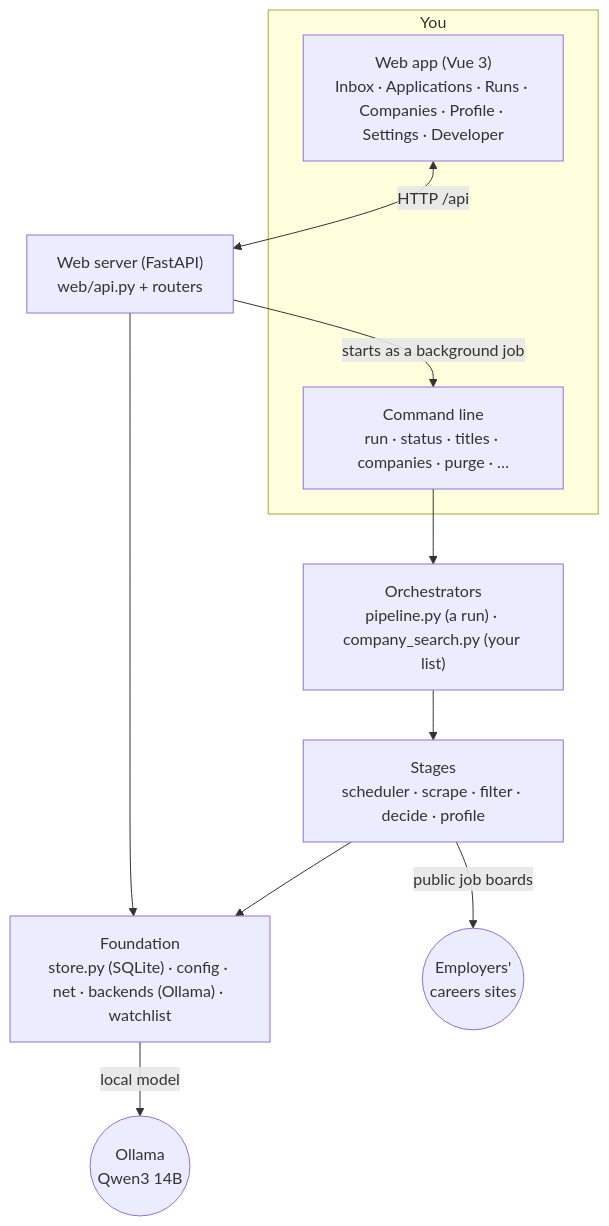
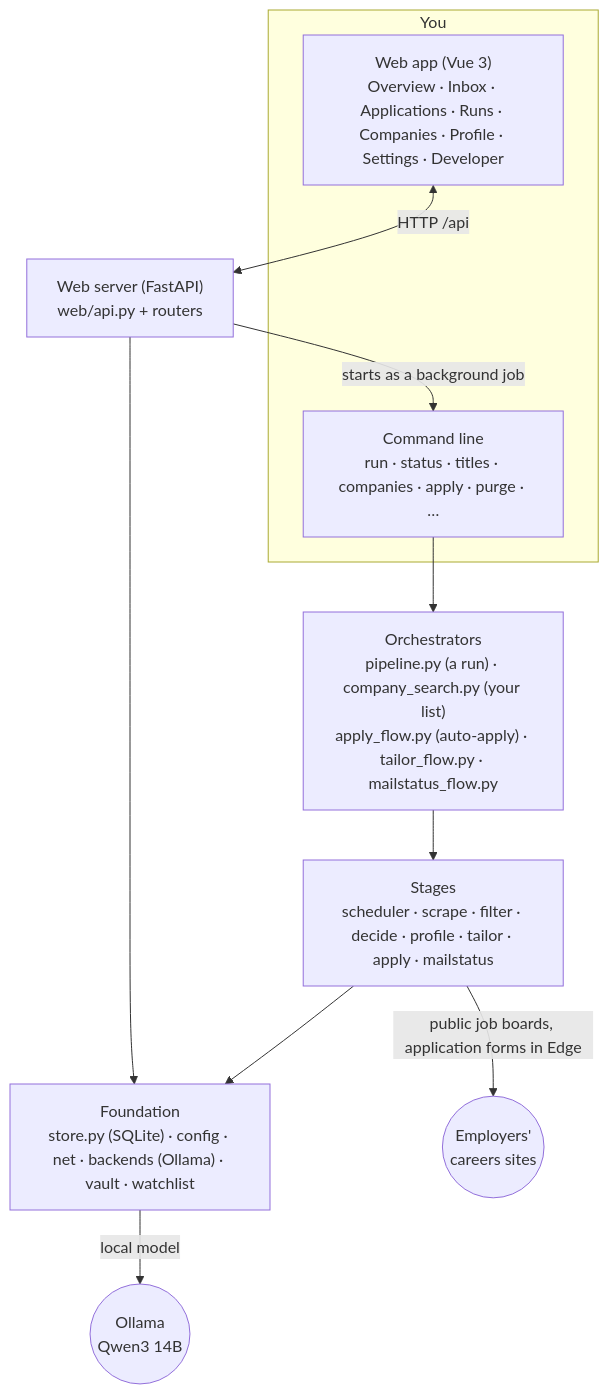
The second of 2 diagrams in docs/OVERVIEW.md (Benjamin-Fernandez/jobscraper), drawn with Mermaid before and after one commit. The commit also changed other lines of this file and 2 other files, not shown here.

Commit message:
docs: the tour, PRD rows and README match the queue, one-page Settings and the redesigned tabs (Q-115)

````diff
--- a/docs/OVERVIEW.md
+++ b/docs/OVERVIEW.md
@@ -188,15 +342,15 @@
 ```mermaid
 flowchart TB
     subgraph You
-        UI["Web app (Vue 3)<br/>Inbox · Applications · Runs · Companies · Profile · Settings · Developer"]
-        CLI["Command line<br/>run · status · titles · companies · purge · …"]
+        UI["Web app (Vue 3)<br/>Overview · Inbox · Applications · Runs · Companies · Profile · Settings · Developer"]
+        CLI["Command line<br/>run · status · titles · companies · apply · purge · …"]
     end
     UI <-->|"HTTP /api"| API["Web server (FastAPI)<br/>web/api.py + routers"]
     API -->|"starts as a background job"| CLI
-    CLI --> ORCH["Orchestrators<br/>pipeline.py (a run) · company_search.py (your list)"]
-    ORCH --> STAGES["Stages<br/>scheduler · scrape · filter · decide · profile"]
-    STAGES --> FOUND["Foundation<br/>store.py (SQLite) · config · net · backends (Ollama) · watchlist"]
+    CLI --> ORCH["Orchestrators<br/>pipeline.py (a run) · company_search.py (your list)<br/>apply_flow.py (auto-apply) · tailor_flow.py · mailstatus_flow.py"]
+    ORCH --> STAGES["Stages<br/>scheduler · scrape · filter · decide · profile · tailor · apply · mailstatus"]
+    STAGES --> FOUND["Foundation<br/>store.py (SQLite) · config · net · backends (Ollama) · vault · watchlist"]
     API --> FOUND
-    STAGES -->|"public job boards"| WEB(("Employers'<br/>careers sites"))
+    STAGES -->|"public job boards, application forms in Edge"| WEB(("Employers'<br/>careers sites"))
     FOUND -->|"local model"| OLLAMA(("Ollama<br/>Qwen3 14B"))
 ```
````
